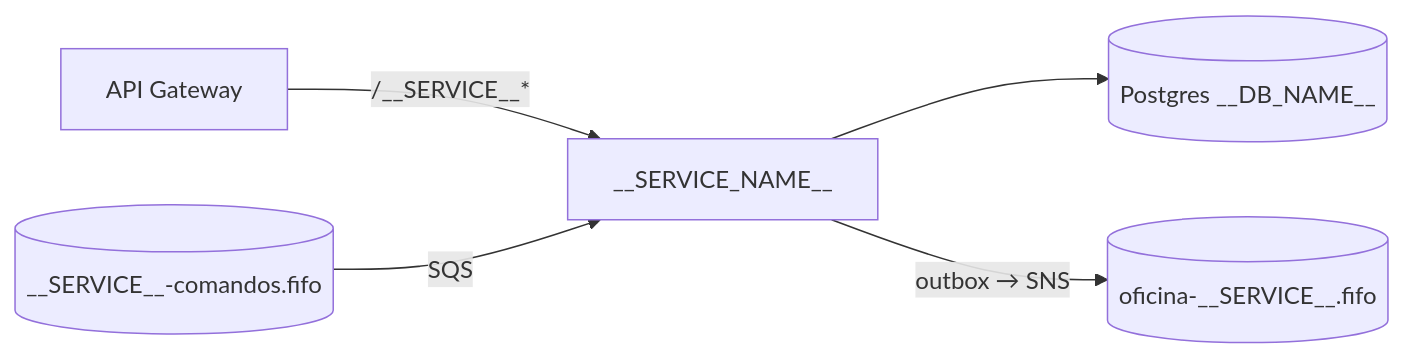
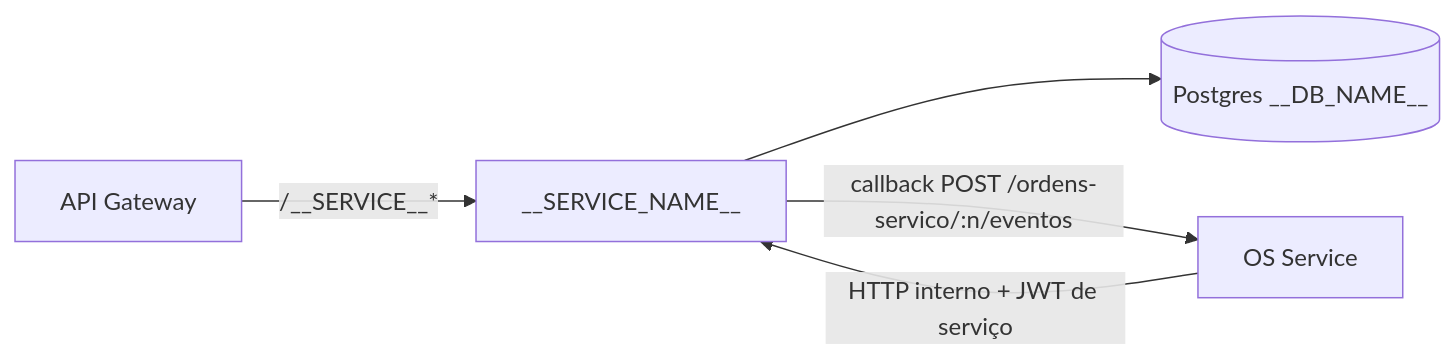
The diagram in templates/service/README.md (guilhermeqmaia/soat-fiap-oficina-kit), drawn with Mermaid before and after one commit. The commit also changed other lines of this file and 40 other files, not shown here.

First line of the commit message:
feat(http): cliente HTTP interno, Role.SERVICO e template sem mensageria (US-F4-18) — v0.3.0

````diff
--- a/templates/service/README.md
+++ b/templates/service/README.md
@@ -54,7 +56,7 @@
 ```mermaid
 flowchart LR
   GW[API Gateway] -->|/__SERVICE__*| S[__SERVICE_NAME__]
   S --> DB[(Postgres __DB_NAME__)]
-  S -->|outbox → SNS| T[(oficina-__SERVICE__.fifo)]
-  Q[(__SERVICE__-comandos.fifo)] -->|SQS| S
+  OS[OS Service] -->|HTTP interno + JWT de serviço| S
+  S -->|callback POST /ordens-servico/:n/eventos| OS
 ```
````
